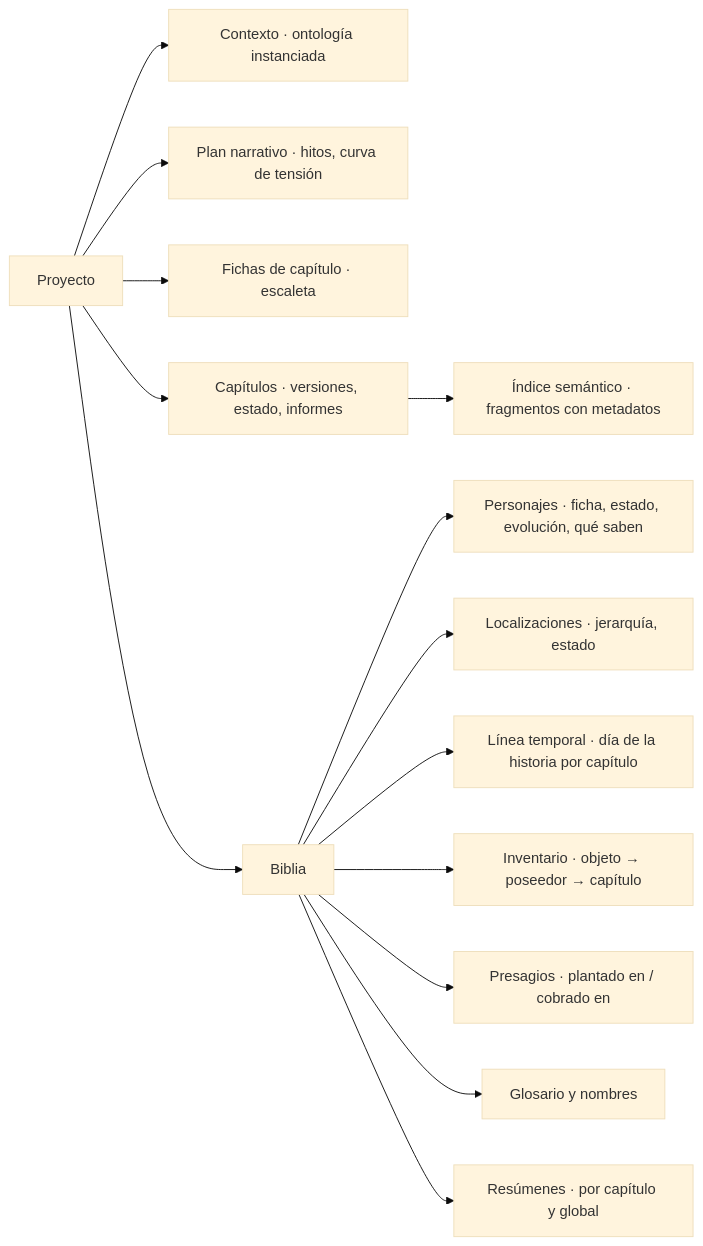
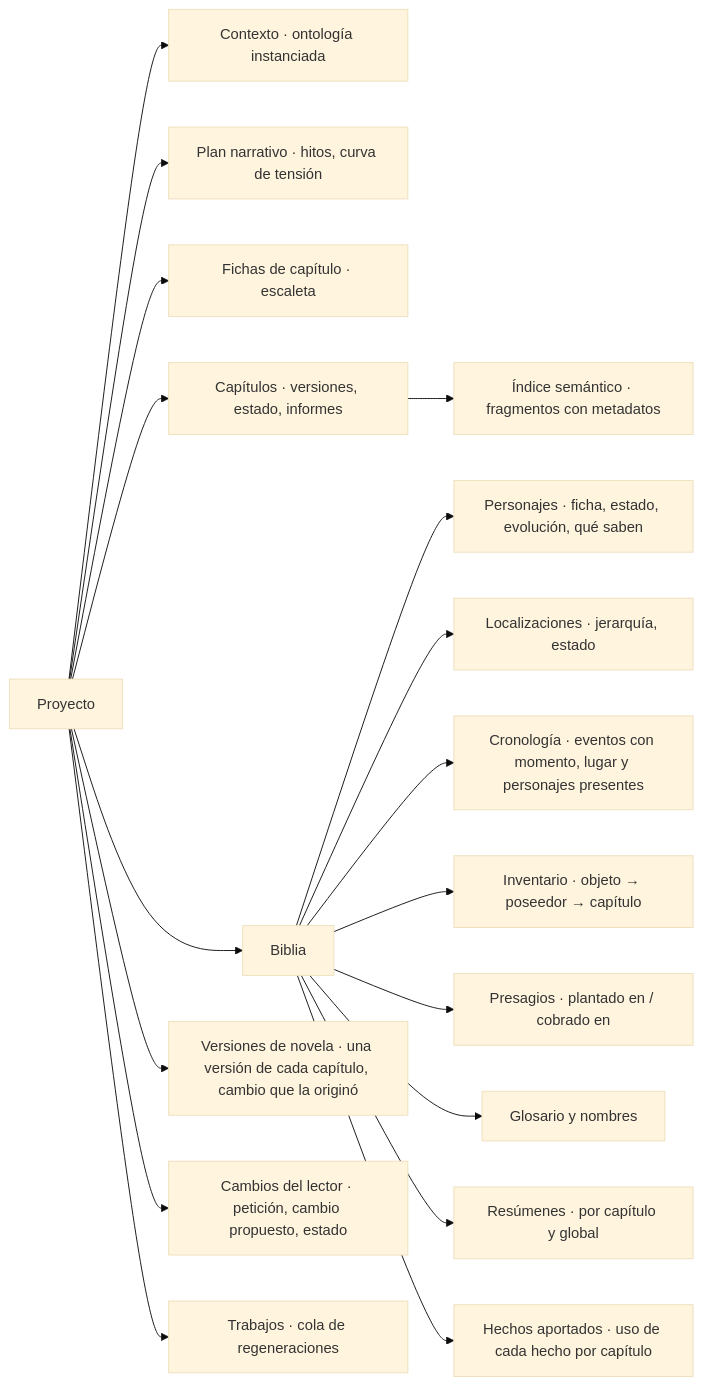
One commit to Asieribarz/my-story-marker changed the seventh of 10 diagrams in docs/architecture.md. Above: the diagram before and after it, drawn with Mermaid (base theme). The commit also changed other lines of this file and 6 other files, not shown here.

````diff
--- a/docs/architecture.md
+++ b/docs/architecture.md
@@ -268,16 +348,20 @@
 ```mermaid
 flowchart LR
   PRJ["Proyecto"] --> CTX["Contexto · ontología instanciada"]
   PRJ --> PLAN["Plan narrativo · hitos, curva de tensión"]
   PRJ --> FIC["Fichas de capítulo · escaleta"]
   PRJ --> CAP["Capítulos · versiones, estado, informes"]
   PRJ --> BIB["Biblia"]
   BIB --> B1["Personajes · ficha, estado, evolución, qué saben"]
   BIB --> B2["Localizaciones · jerarquía, estado"]
-  BIB --> B3["Línea temporal · día de la historia por capítulo"]
+  BIB --> B3["Cronología · eventos con momento, lugar y personajes presentes"]
   BIB --> B4["Inventario · objeto → poseedor → capítulo"]
   BIB --> B5["Presagios · plantado en / cobrado en"]
   BIB --> B6["Glosario y nombres"]
   BIB --> B7["Resúmenes · por capítulo y global"]
+  BIB --> B8["Hechos aportados · uso de cada hecho por capítulo"]
   CAP --> IDX["Índice semántico · fragmentos con metadatos"]
+  PRJ --> VN["Versiones de novela · una versión de cada capítulo, cambio que la originó"]
+  PRJ --> CL["Cambios del lector · petición, cambio propuesto, estado"]
+  PRJ --> TR["Trabajos · cola de regeneraciones"]
 ```
````
